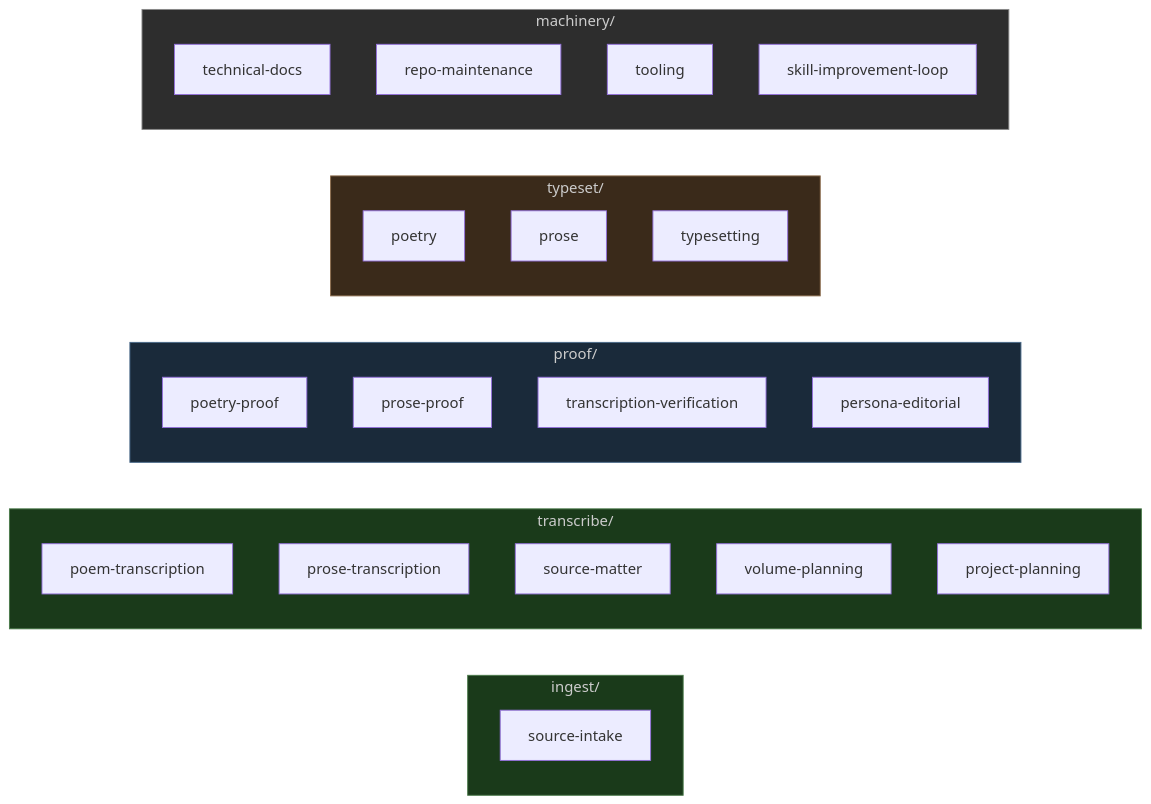
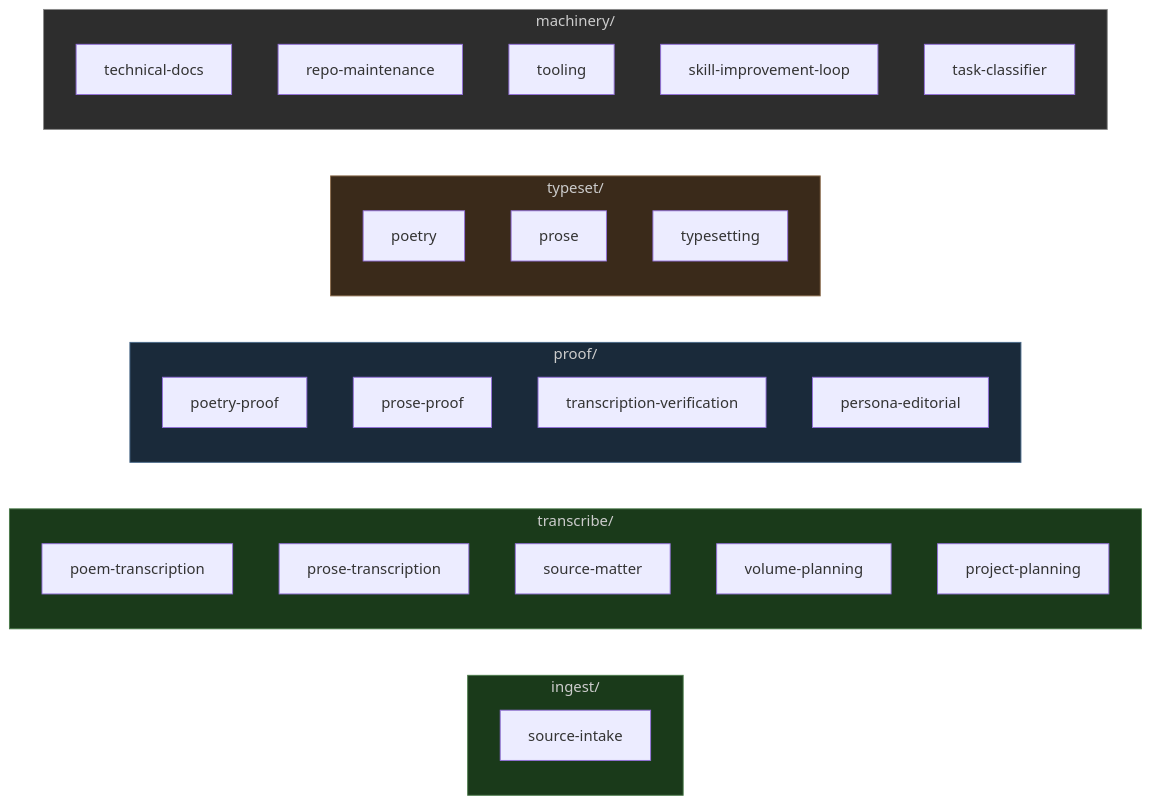
Before and after one commit to St-Expedite-Press/now-you-will-see: the second of 2 diagrams in README.md, drawn with Mermaid. The commit also changed 4 other files, not shown here.

````diff
--- a/README.md
+++ b/README.md
@@ -255,36 +255,37 @@
 ```mermaid
 flowchart LR
     subgraph ingest["ingest/"]
         S1[source-intake]
     end
     subgraph transcribe["transcribe/"]
         S2[poem-transcription]
         S3[prose-transcription]
         S4[source-matter]
         S5[volume-planning]
         S6[project-planning]
     end
     subgraph proof["proof/"]
         S7[poetry-proof]
         S8[prose-proof]
         S9[transcription-verification]
         S10[persona-editorial]
     end
     subgraph typeset["typeset/"]
         S11[poetry]
         S12[prose]
         S13[typesetting]
     end
     subgraph machinery["machinery/"]
         S14[technical-docs]
         S15[repo-maintenance]
         S16[tooling]
         S17[skill-improvement-loop]
+        S18[task-classifier]
     end
 
     style ingest fill:#1a3a1a,stroke:#4a7a4a,color:#ccc
     style transcribe fill:#1a3a1a,stroke:#4a7a4a,color:#ccc
     style proof fill:#1a2a3a,stroke:#4a6a8a,color:#ccc
     style typeset fill:#3a2a1a,stroke:#8a6a4a,color:#ccc
     style machinery fill:#2d2d2d,stroke:#888,color:#ccc
 ```
````
